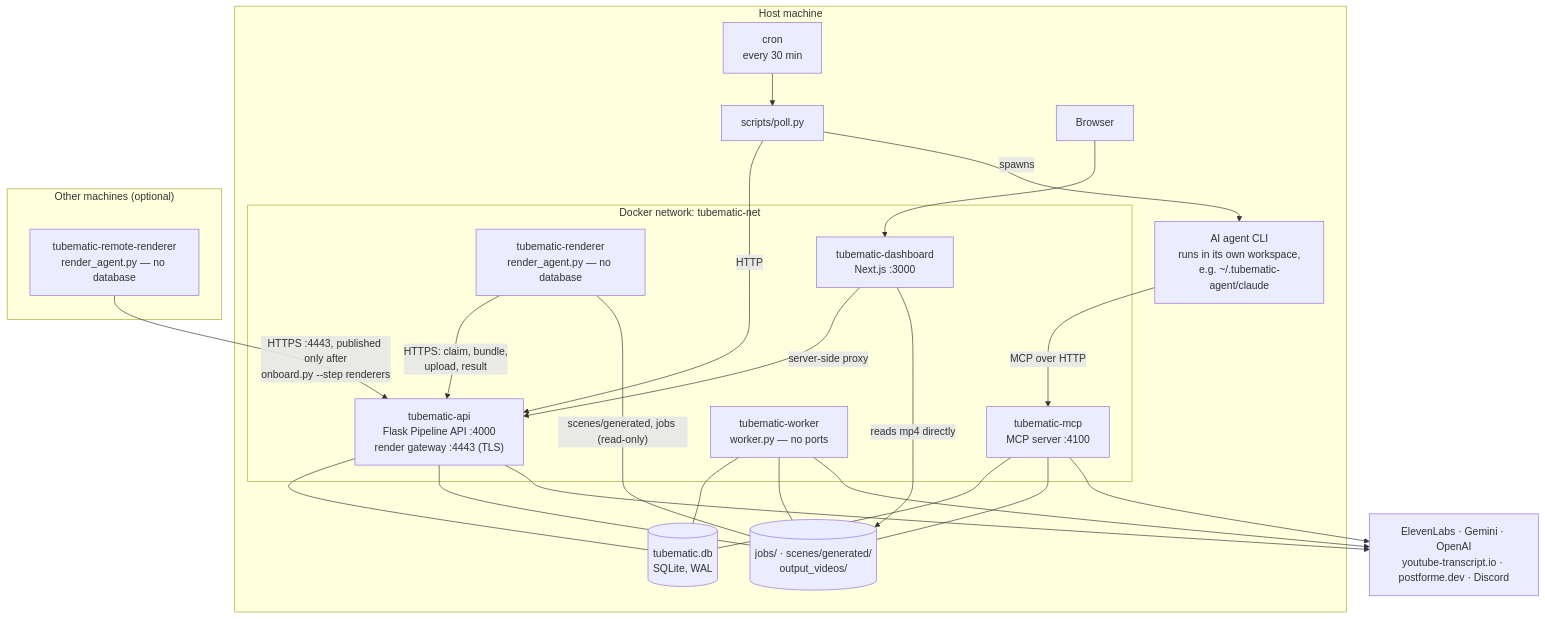
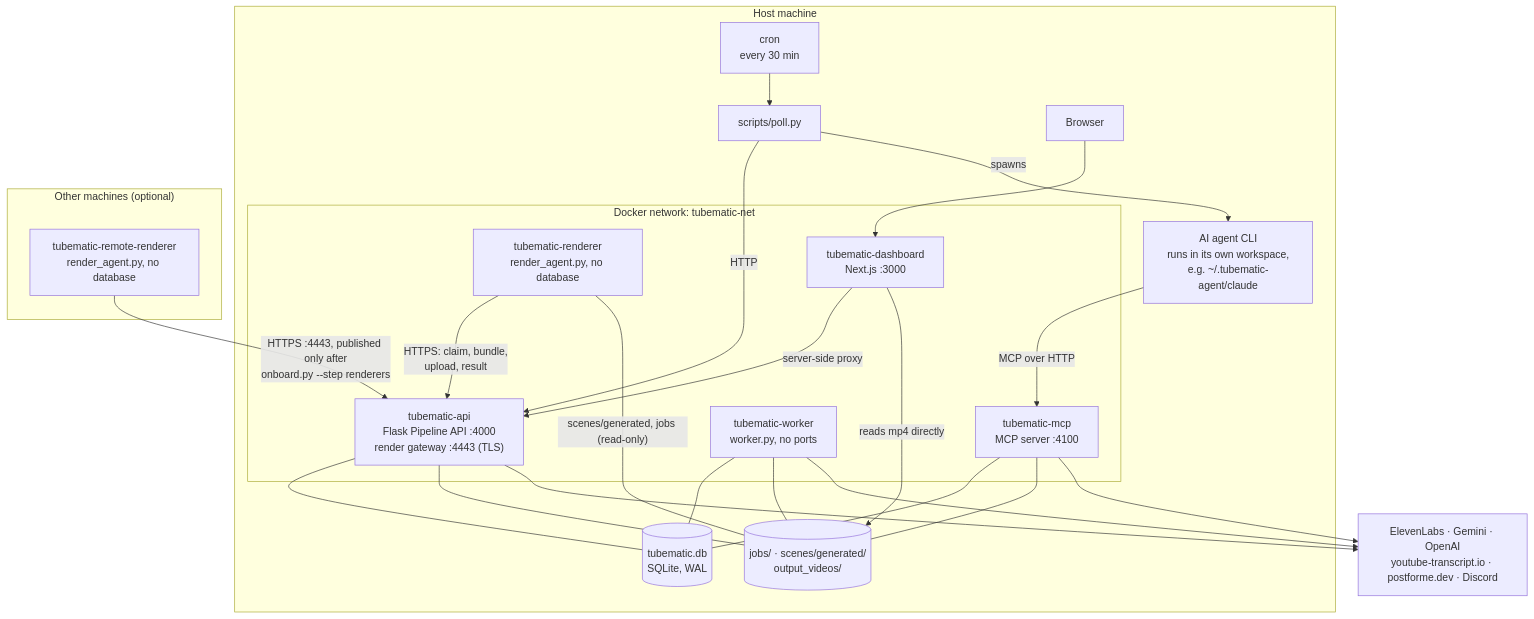
One commit to teja156/tubematic changed the diagram in docs/developer/01-architecture.md. Above: the diagram before and after it, drawn with Mermaid. The commit also changed other lines of this file and 25 other files, not shown here.

````diff
--- a/docs/developer/01-architecture.md
+++ b/docs/developer/01-architecture.md
@@ -9,48 +12,48 @@
 ```mermaid
 flowchart TB
     subgraph HOST["Host machine"]
         CRON["cron<br/>every 30 min"]
         POLL["scripts/poll.py"]
         AGENT["AI agent CLI<br/>runs in its own workspace,<br/>e.g. ~/.tubematic-agent/claude"]
         BROWSER["Browser"]
 
         subgraph NET["Docker network: tubematic-net"]
             FLASK["tubematic-api<br/>Flask Pipeline API :4000<br/>render gateway :4443 (TLS)"]
             MCP["tubematic-mcp<br/>MCP server :4100"]
-            WORKER["tubematic-worker<br/>worker.py — no ports"]
-            RENDER["tubematic-renderer<br/>render_agent.py — no database"]
+            WORKER["tubematic-worker<br/>worker.py, no ports"]
+            RENDER["tubematic-renderer<br/>render_agent.py, no database"]
             DASH["tubematic-dashboard<br/>Next.js :3000"]
         end
 
         DB[("tubematic.db<br/>SQLite, WAL")]
         FILES[("jobs/ · scenes/generated/<br/>output_videos/")]
     end
 
     EXT["ElevenLabs · Gemini · OpenAI<br/>youtube-transcript.io · postforme.dev · Discord"]
 
     subgraph REMOTE["Other machines (optional)"]
-        RREND["tubematic-remote-renderer<br/>render_agent.py — no database"]
+        RREND["tubematic-remote-renderer<br/>render_agent.py, no database"]
     end
 
     CRON --> POLL
     POLL -->|HTTP| FLASK
     POLL -->|spawns| AGENT
     AGENT -->|MCP over HTTP| MCP
     BROWSER --> DASH
     DASH -->|server-side proxy| FLASK
     DASH -->|reads mp4 directly| FILES
 
     FLASK --- DB
     MCP --- DB
     WORKER --- DB
     RENDER -->|"HTTPS: claim, bundle,<br/>upload, result"| FLASK
     FLASK --- FILES
     MCP --- FILES
     WORKER --- FILES
     RENDER ---|"scenes/generated, jobs (read-only)"| FILES
     RREND -->|"HTTPS :4443, published only after<br/>onboard.py --step renderers"| FLASK
 
     MCP --> EXT
     WORKER --> EXT
     FLASK --> EXT
 ```
````
